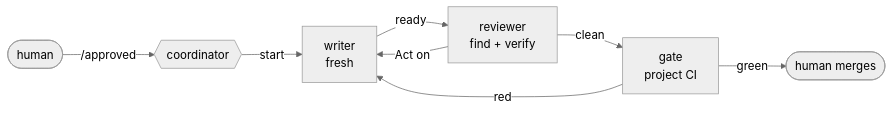
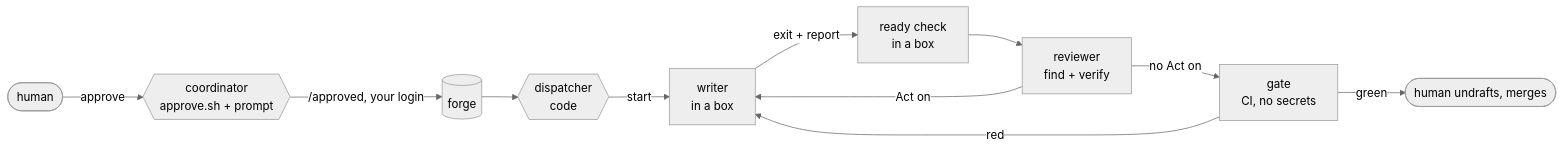
One commit to chiyanram/agent-factory changed the first of 2 diagrams in README.md. Above: the diagram before and after it, drawn with Mermaid (neutral theme). The commit also changed other lines of this file and 10 other files, not shown here.

````diff
--- a/README.md
+++ b/README.md
@@ -46,10 +55,13 @@
 ```mermaid
 flowchart LR
-    H([human]) -- "/approved" --> C{{coordinator}}
-    C -- start --> W[writer<br/>fresh]
-    W -- ready --> R[reviewer<br/>find + verify]
+    H([human]) -- "approve" --> C{{coordinator<br/>approve.sh + prompt}}
+    C -- "/approved, your login" --> F[(forge)]
+    F --> D{{dispatcher<br/>code}}
+    D -- start --> W[writer<br/>in a box]
+    W -- "exit + report" --> RC[ready check<br/>in a box]
+    RC --> R[reviewer<br/>find + verify]
     R -- "Act on" --> W
-    R -- clean --> G[gate<br/>project CI]
+    R -- "no Act on" --> G[gate<br/>CI, no secrets]
     G -- red --> W
-    G -- green --> H2([human merges])
+    G -- green --> H2([human undrafts, merges])
 ```
````
